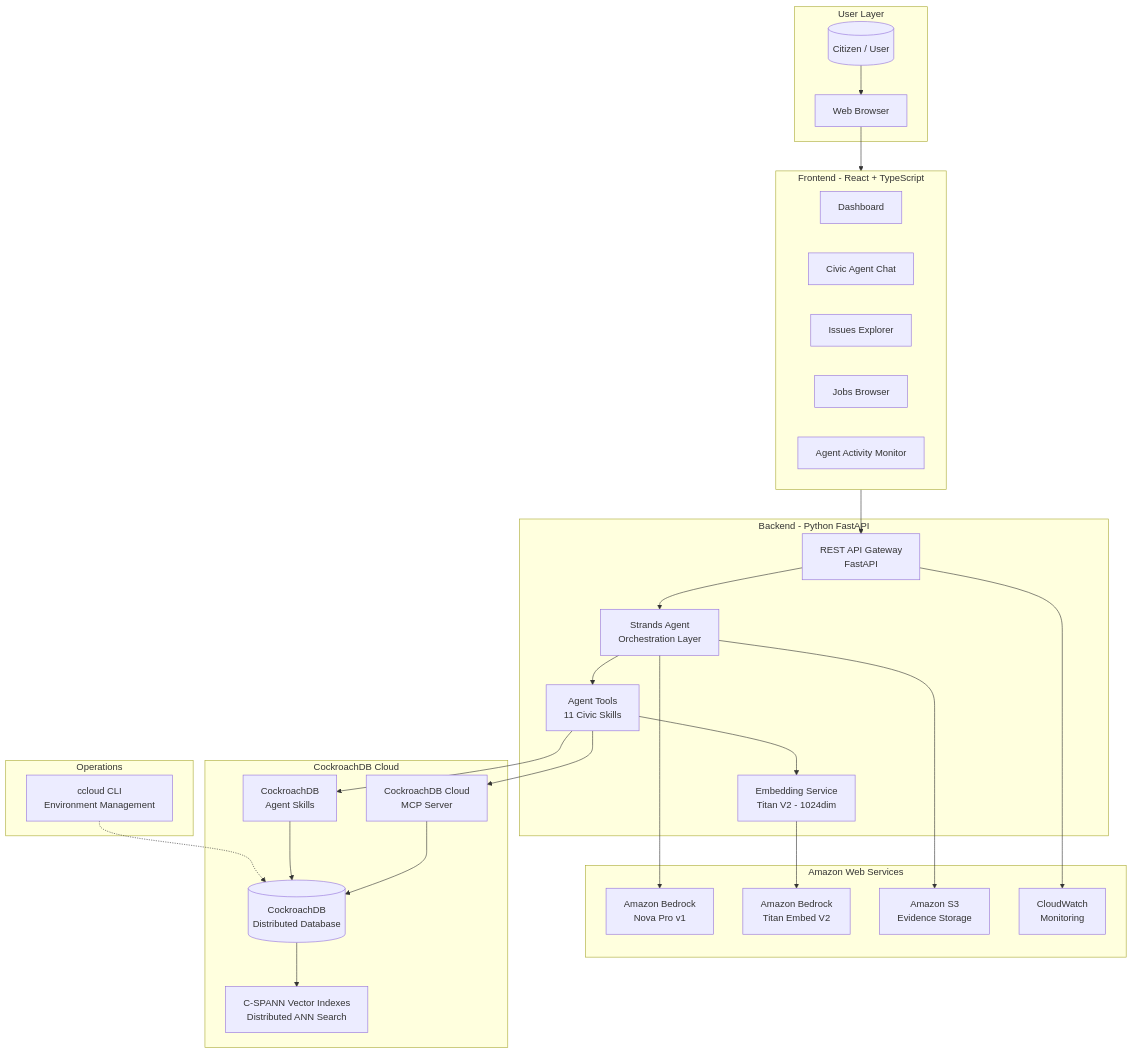
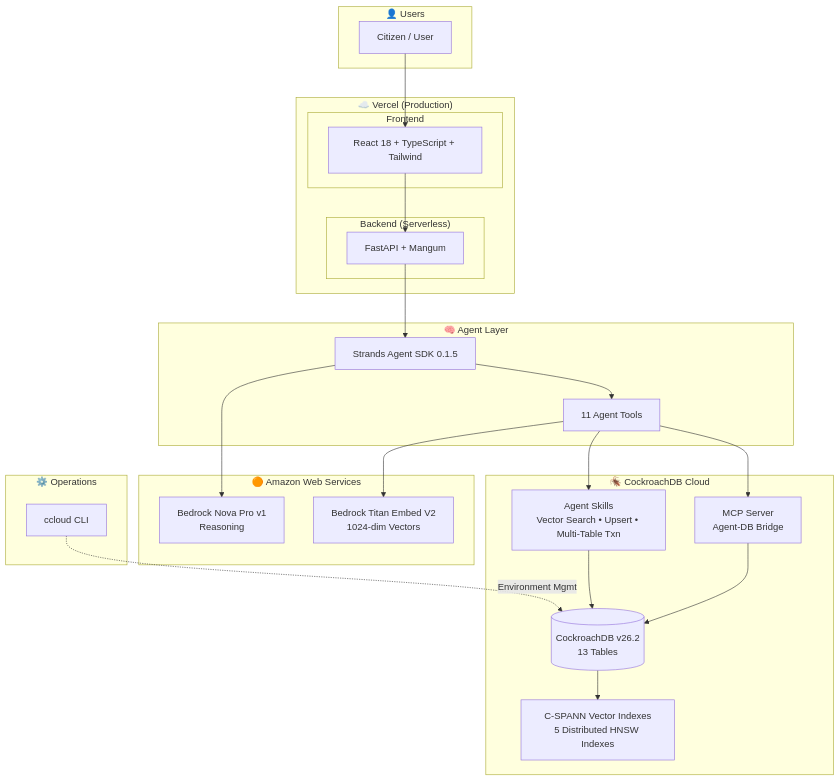
One commit to dineshrajdhanapathyDD/cjp-Civic-Journey-Platform changed the first of 5 diagrams in docs/architecture-diagram.md. Above: the diagram before and after it, drawn with Mermaid. The commit also changed other lines of this file and 2 other files, not shown here.

First line of the commit message:
docs: update README with live URL, full hackathon evidence, and updated diagrams

````diff
--- a/docs/architecture-diagram.md
+++ b/docs/architecture-diagram.md
@@ -9,60 +9,49 @@
 ```mermaid
 flowchart TB
-    subgraph USER_LAYER["User Layer"]
-        USER[("Citizen / User")]
-        BROWSER["Web Browser"]
+    subgraph USERS["👤 Users"]
+        CITIZEN[Citizen / User]
     end
 
-    subgraph FRONTEND["Frontend - React + TypeScript"]
-        DASHBOARD["Dashboard"]
-        AGENT_UI["Civic Agent Chat"]
-        ISSUES_UI["Issues Explorer"]
-        JOBS_UI["Jobs Browser"]
-        ACTIVITY_UI["Agent Activity Monitor"]
+    subgraph VERCEL["☁️ Vercel (Production)"]
+        subgraph FE["Frontend"]
+            REACT[React 18 + TypeScript + Tailwind]
+        end
+        subgraph BE["Backend (Serverless)"]
+            FASTAPI[FastAPI + Mangum]
+        end
     end
 
-    subgraph BACKEND["Backend - Python FastAPI"]
-        API["REST API Gateway<br/>FastAPI"]
-        STRANDS["Strands Agent<br/>Orchestration Layer"]
-        TOOLS["Agent Tools<br/>11 Civic Skills"]
-        EMBED["Embedding Service<br/>Titan V2 - 1024dim"]
+    subgraph AGENT_LAYER["🧠 Agent Layer"]
+        STRANDS[Strands Agent SDK 0.1.5]
+        TOOLS[11 Agent Tools]
     end
 
-    subgraph AWS["Amazon Web Services"]
-        BEDROCK_LLM["Amazon Bedrock<br/>Nova Pro v1"]
-        BEDROCK_EMB["Amazon Bedrock<br/>Titan Embed V2"]
-        S3["Amazon S3<br/>Evidence Storage"]
-        CW["CloudWatch<br/>Monitoring"]
+    subgraph AWS["🟠 Amazon Web Services"]
+        NOVA[Bedrock Nova Pro v1<br/>Reasoning]
+        TITAN[Bedrock Titan Embed V2<br/>1024-dim Vectors]
     end
 
-    subgraph COCKROACHDB["CockroachDB Cloud"]
-        MCP_SERVER["CockroachDB Cloud<br/>MCP Server"]
-        CRDB[("CockroachDB<br/>Distributed Database")]
-        VECTOR_IDX["C-SPANN Vector Indexes<br/>Distributed ANN Search"]
-        SKILLS["CockroachDB<br/>Agent Skills"]
+    subgraph CRDB["🪳 CockroachDB Cloud"]
+        MCP[MCP Server<br/>Agent-DB Bridge]
+        SKILLS[Agent Skills<br/>Vector Search • Upsert • Multi-Table Txn]
+        DB[(CockroachDB v26.2<br/>13 Tables)]
+        VECTOR[C-SPANN Vector Indexes<br/>5 Distributed HNSW Indexes]
     end
 
-    subgraph CCLOUD["Operations"]
-        CLI["ccloud CLI<br/>Environment Management"]
+    subgraph OPS["⚙️ Operations"]
+        CCLOUD[ccloud CLI]
     end
 
-    USER --> BROWSER
-    BROWSER --> FRONTEND
-    FRONTEND --> API
-
-    API --> STRANDS
-    STRANDS --> BEDROCK_LLM
+    CITIZEN --> REACT
+    REACT --> FASTAPI
+    FASTAPI --> STRANDS
     STRANDS --> TOOLS
-    TOOLS --> EMBED
-    EMBED --> BEDROCK_EMB
-    TOOLS --> MCP_SERVER
+    STRANDS --> NOVA
+    TOOLS --> TITAN
+    TOOLS --> MCP
     TOOLS --> SKILLS
-
-    MCP_SERVER --> CRDB
-    SKILLS --> CRDB
-    CRDB --> VECTOR_IDX
-
-    STRANDS --> S3
-    API --> CW
-    CLI -.-> CRDB
+    MCP --> DB
+    SKILLS --> DB
+    DB --> VECTOR
+    CCLOUD -.->|Environment Mgmt| DB
 ```
````
